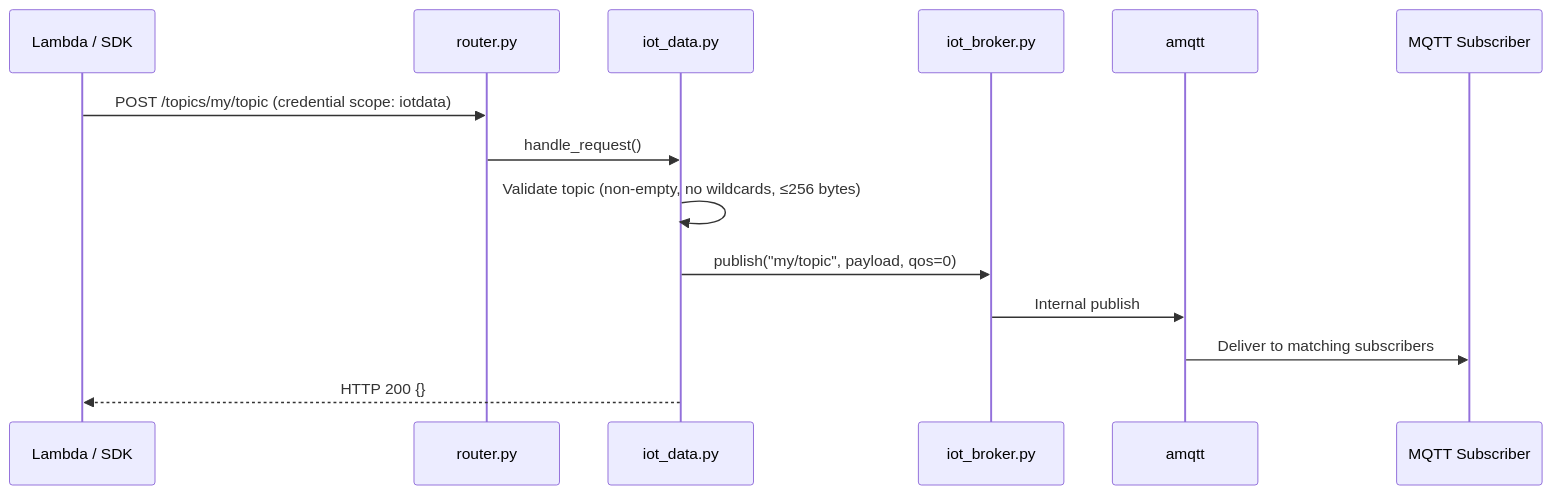
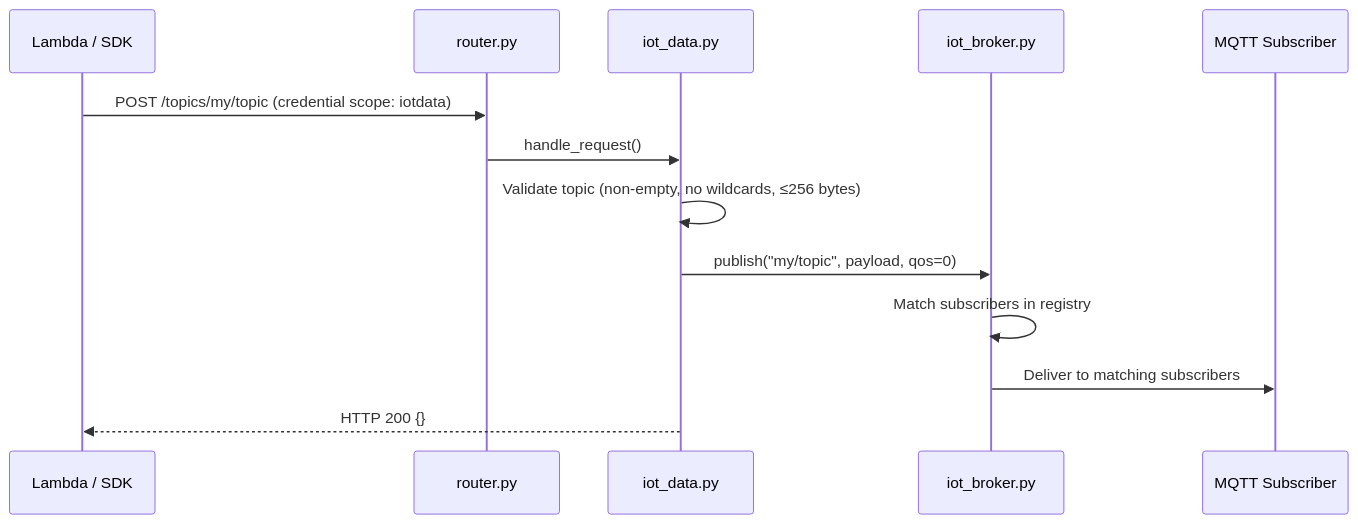
One commit to ministackorg/ministack changed the fourth of 5 diagrams in .kiro/specs/iot-core/design.md. Above: the diagram before and after it, drawn with Mermaid. The commit also changed other lines of this file and 9 other files, not shown here.

````diff
--- a/.kiro/specs/iot-core/design.md
+++ b/.kiro/specs/iot-core/design.md
@@ -469,17 +446,16 @@
 ```mermaid
 sequenceDiagram
     participant Lambda as Lambda / SDK
     participant Router as router.py
     participant IoTData as iot_data.py
     participant Bridge as iot_broker.py
-    participant Broker as amqtt
     participant Sub as MQTT Subscriber
 
     Lambda->>Router: POST /topics/my/topic (credential scope: iotdata)
     Router->>IoTData: handle_request()
     IoTData->>IoTData: Validate topic (non-empty, no wildcards, ≤256 bytes)
     IoTData->>Bridge: publish("my/topic", payload, qos=0)
-    Bridge->>Broker: Internal publish
-    Broker->>Sub: Deliver to matching subscribers
+    Bridge->>Bridge: Match subscribers in registry
+    Bridge->>Sub: Deliver to matching subscribers
     IoTData-->>Lambda: HTTP 200 {}
 ```
````
